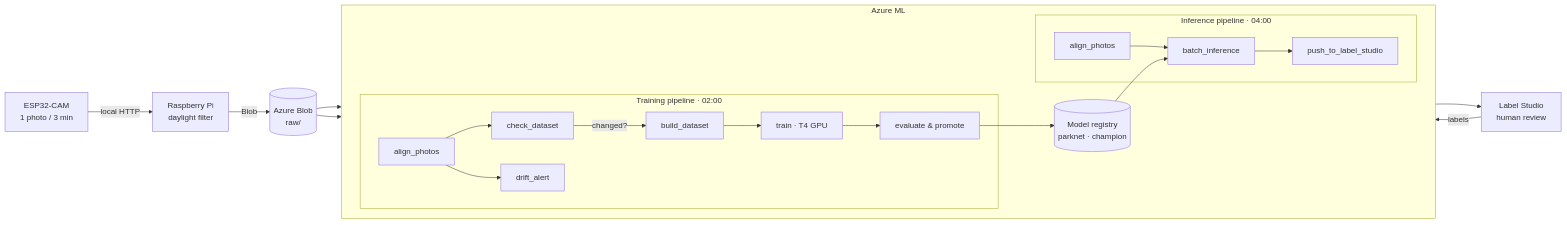
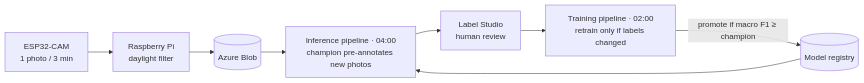
One commit to dsantamaria-sudo/ParkWatch changed the diagram in README.md. Above: the diagram before and after it, drawn with Mermaid. The commit also changed other lines of this file and 2 other files, not shown here.

First line of the commit message:
README for the portfolio: short overview and camera drift example

````diff
--- a/README.md
+++ b/README.md
@@ -9,25 +9,9 @@
 ```mermaid
 flowchart LR
-    cam[ESP32-CAM<br/>1 photo / 3 min] -->|local HTTP| pi[Raspberry Pi<br/>daylight filter]
-    pi -->|Blob| raw[(Azure Blob<br/>raw/)]
-
-    subgraph aml[Azure ML]
-        direction LR
-        subgraph train[Training pipeline · 02:00]
-            align1[align_photos] --> check[check_dataset]
-            check -->|changed?| build[build_dataset] --> fit[train · T4 GPU] --> promote[evaluate & promote]
-            align1 --> alert[drift_alert]
-        end
-        subgraph infer[Inference pipeline · 04:00]
-            align2[align_photos] --> predict[batch_inference] --> push[push_to_label_studio]
-        end
-        registry[(Model registry<br/>parknet · champion)]
-    end
-
-    raw --> align1
-    raw --> align2
-    promote --> registry
-    registry --> predict
-    push --> ls[Label Studio<br/>human review]
-    ls -->|labels| check
+    cam[ESP32-CAM<br/>1 photo / 3 min] --> pi[Raspberry Pi<br/>daylight filter] --> raw[(Azure Blob)]
+    raw --> infer[Inference pipeline · 04:00<br/>champion pre-annotates new photos]
+    infer --> ls[Label Studio<br/>human review]
+    ls --> train[Training pipeline · 02:00<br/>retrain only if labels changed]
+    train -->|promote if macro F1 ≥ champion| registry[(Model registry)]
+    registry --> infer
 ```
````
